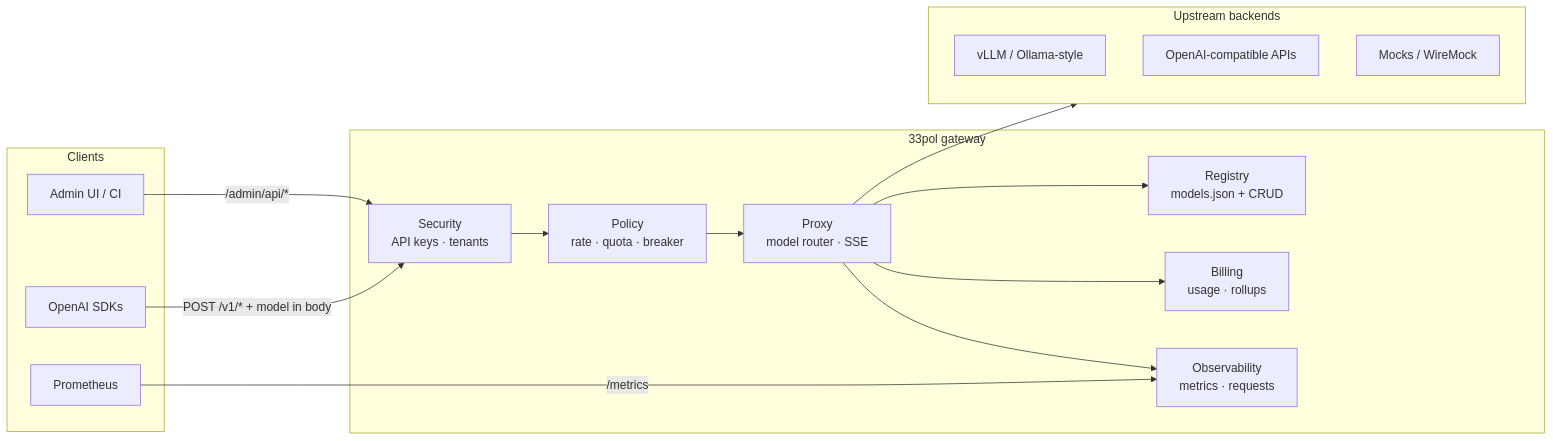
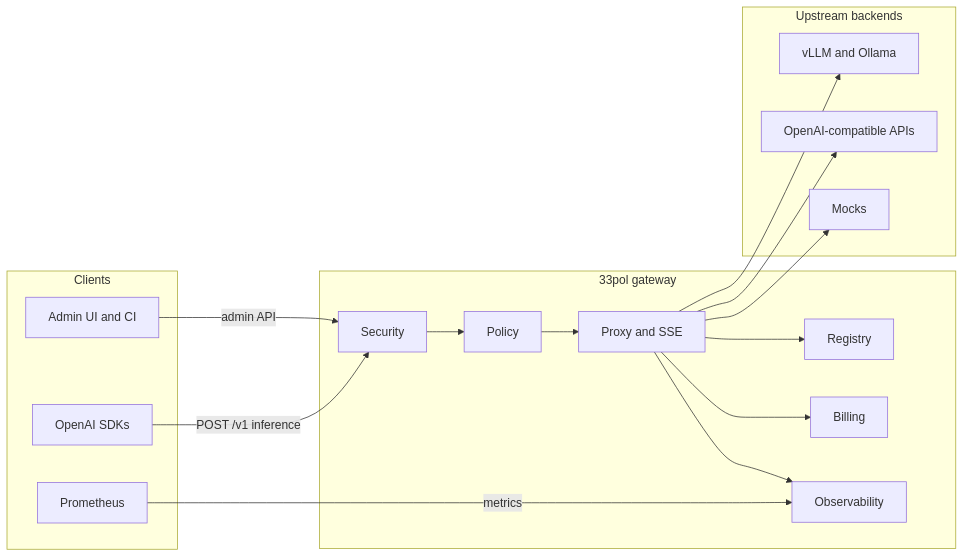
Before and after one commit to sadeghhp/33pol: the diagram in README.md, drawn with Mermaid. The commit also changed other lines of this file and 13 other files, not shown here.

````diff
--- a/README.md
+++ b/README.md
@@ -62,32 +91,34 @@
 ```mermaid
 flowchart LR
-  subgraph clients["Clients"]
-    SDK["OpenAI SDKs"]
-    Admin["Admin UI / CI"]
-    Prom["Prometheus"]
+  subgraph clients [Clients]
+    SDK[OpenAI SDKs]
+    Admin[Admin UI and CI]
+    Prom[Prometheus]
   end
 
-  subgraph gateway["33pol gateway"]
-    Sec["Security\nAPI keys · tenants"]
-    Pol["Policy\nrate · quota · breaker"]
-    Proxy["Proxy\nmodel router · SSE"]
-    Reg["Registry\nmodels.json + CRUD"]
-    Bill["Billing\nusage · rollups"]
-    Obs["Observability\nmetrics · requests"]
+  subgraph gateway [33pol gateway]
+    Sec[Security]
+    Pol[Policy]
+    Proxy[Proxy and SSE]
+    Reg[Registry]
+    Bill[Billing]
+    Obs[Observability]
   end
 
-  subgraph upstream["Upstream backends"]
-    VLLM["vLLM / Ollama-style"]
-    OAI["OpenAI-compatible APIs"]
-    Mock["Mocks / WireMock"]
+  subgraph upstream [Upstream backends]
+    VLLM[vLLM and Ollama]
+    OAI[OpenAI-compatible APIs]
+    Mock[Mocks]
   end
 
-  SDK -->|"POST /v1/* + model in body"| Sec
-  Admin -->|"/admin/api/*"| Sec
-  Prom -->|"/metrics"| Obs
+  SDK -->|POST /v1 inference| Sec
+  Admin -->|admin API| Sec
+  Prom -->|metrics| Obs
   Sec --> Pol --> Proxy
   Proxy --> Reg
-  Proxy --> upstream
+  Proxy --> VLLM
+  Proxy --> OAI
+  Proxy --> Mock
   Proxy --> Bill
   Proxy --> Obs
 ```
````
